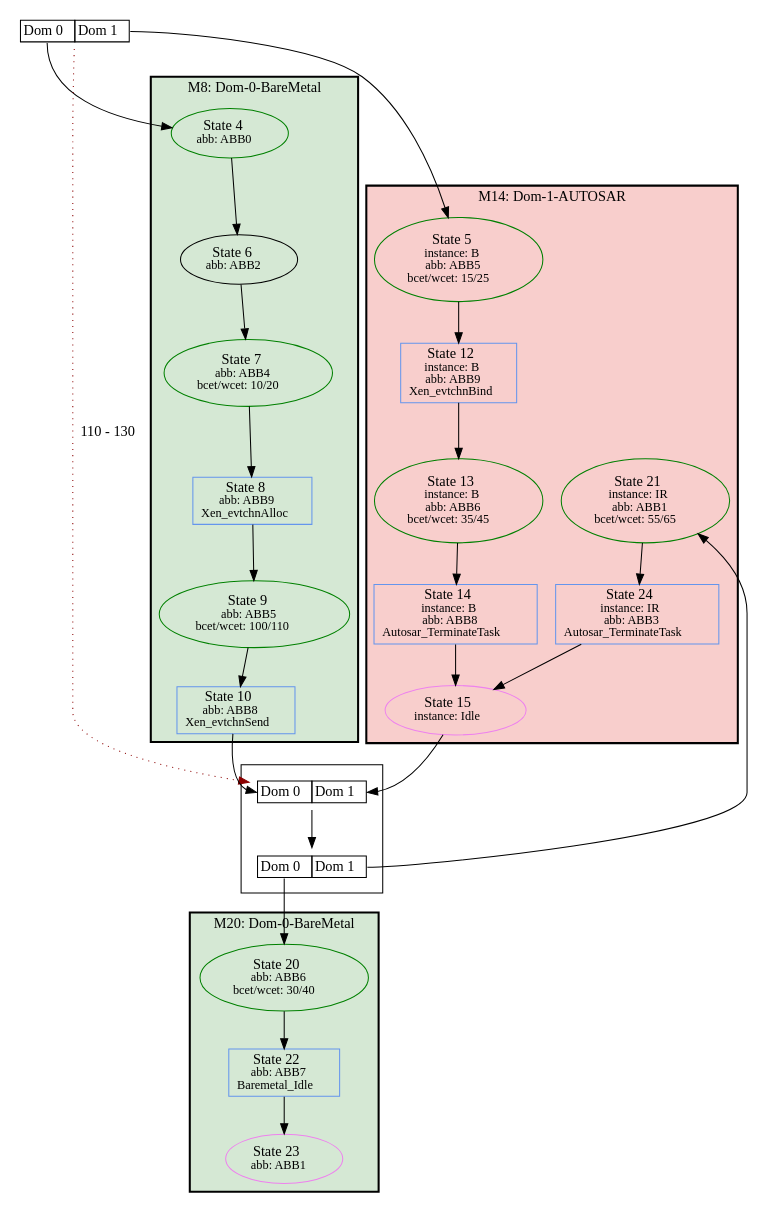
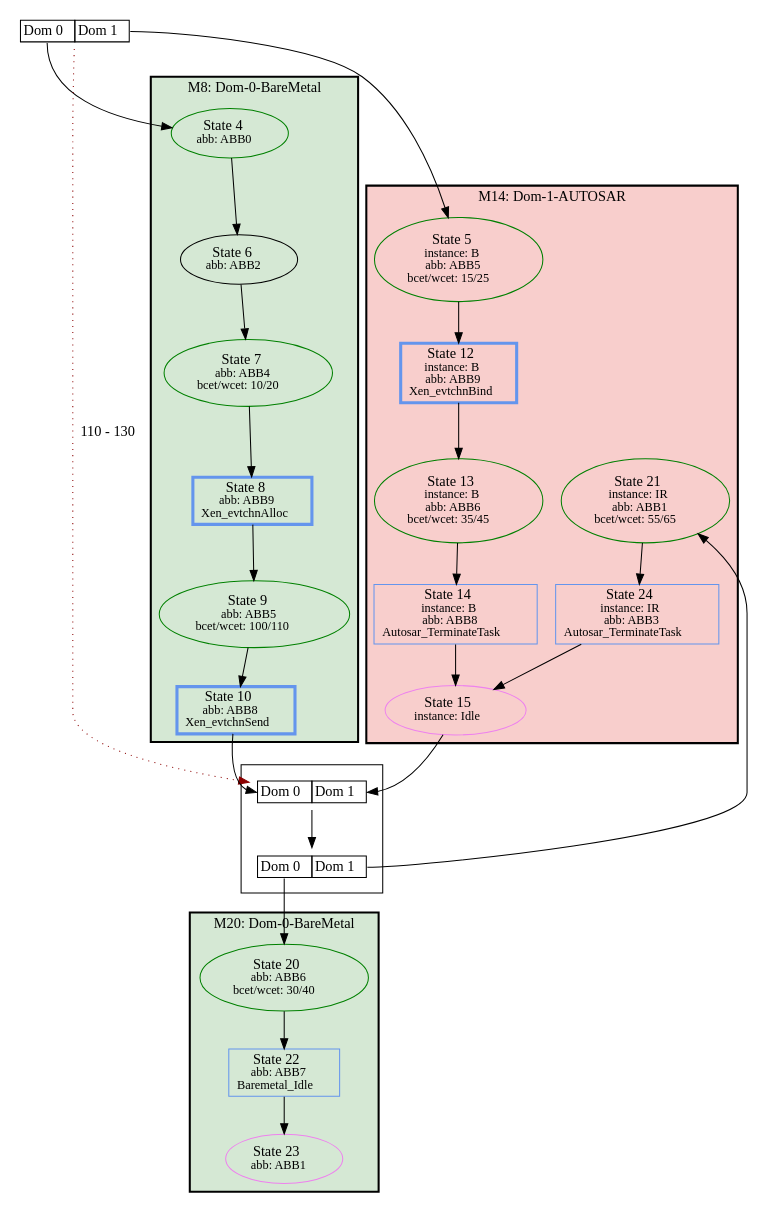
The diagram in appl/Xen/hc-b-a1/HyperSSE.hc-b-a1.hstg.dot (luhsra/ara), drawn with Graphviz before and after one commit. The commit also changed 69 other files, not shown here.

Commit message:
Testsuite: migrate comparison graphs to new pydot version + different printer syntax (bold rect for hypercalls)

```diff
--- a/appl/Xen/hc-b-a1/HyperSSE.hc-b-a1.hstg.dot
+++ b/appl/Xen/hc-b-a1/HyperSSE.hc-b-a1.hstg.dot
@@ -1,65 +1,61 @@
 digraph G {
 label="";
 1 [label=<<TABLE BORDER="0" CELLBORDER="1" CELLSPACING="0"><TR><TD PORT="c0">Dom 0</TD><TD PORT="c1">Dom 1</TD></TR></TABLE>>, shape=plaintext, tooltip=1];
 subgraph cluster_8 {
+label="M8: Dom-0-BareMetal";
 bgcolor="#D5E8D4";
-label="M8: Dom-0-BareMetal";
 style=bold;
-2 [color=green, fontsize=14, label=<State 4<br/><font point-size='12'>abb: ABB0</font>>, style=solid, tooltip=2];
+2 [fontsize=14, label=<State 4<br/><font point-size='12'>abb: ABB0</font>>, tooltip=2, style=solid, color=green];
 3 [fontsize=14, label=<State 6<br/><font point-size='12'>abb: ABB2</font>>, tooltip=3];
-4 [color=green, fontsize=14, label=<State 7<br/><font point-size='12'>abb: ABB4<br/>bcet/wcet: 10/20</font>>, style=solid, tooltip=4];
-5 [color=cornflowerblue, fontsize=14, label=<State 8<br/><font point-size='12'>abb: ABB9<br/>Xen_evtchnAlloc</font>>, shape=box, tooltip=5];
-6 [color=green, fontsize=14, label=<State 9<br/><font point-size='12'>abb: ABB5<br/>bcet/wcet: 100/110</font>>, style=solid, tooltip=6];
-7 [color=cornflowerblue, fontsize=14, label=<State 10<br/><font point-size='12'>abb: ABB8<br/>Xen_evtchnSend</font>>, shape=box, tooltip=7];
+4 [fontsize=14, label=<State 7<br/><font point-size='12'>abb: ABB4<br/>bcet/wcet: 10/20</font>>, tooltip=4, style=solid, color=green];
+5 [fontsize=14, label=<State 8<br/><font point-size='12'>abb: ABB9<br/>Xen_evtchnAlloc</font>>, tooltip=5, color=cornflowerblue, shape=box, penwidth=3];
+6 [fontsize=14, label=<State 9<br/><font point-size='12'>abb: ABB5<br/>bcet/wcet: 100/110</font>>, tooltip=6, style=solid, color=green];
+7 [fontsize=14, label=<State 10<br/><font point-size='12'>abb: ABB8<br/>Xen_evtchnSend</font>>, tooltip=7, color=cornflowerblue, shape=box, penwidth=3];
 }
-
 subgraph cluster_14 {
+label="M14: Dom-1-AUTOSAR";
 bgcolor="#F8CECC";
-label="M14: Dom-1-AUTOSAR";
 style=bold;
-9 [color=green, fontsize=14, label=<State 5<br/><font point-size='12'>instance: B<br/>abb: ABB5<br/>bcet/wcet: 15/25</font>>, style=solid, tooltip=9];
-10 [color=cornflowerblue, fontsize=14, label=<State 12<br/><font point-size='12'>instance: B<br/>abb: ABB9<br/>Xen_evtchnBind</font>>, shape=box, tooltip=10];
-11 [color=green, fontsize=14, label=<State 13<br/><font point-size='12'>instance: B<br/>abb: ABB6<br/>bcet/wcet: 35/45</font>>, style=solid, tooltip=11];
-12 [color=cornflowerblue, fontsize=14, label=<State 14<br/><font point-size='12'>instance: B<br/>abb: ABB8<br/>Autosar_TerminateTask</font>>, shape=box, tooltip=12];
-13 [color=violet, fontsize=14, label=<State 15<br/><font point-size='12'>instance: Idle</font>>, style=solid, tooltip=13];
-21 [color=green, fontsize=14, label=<State 21<br/><font point-size='12'>instance: IR<br/>abb: ABB1<br/>bcet/wcet: 55/65</font>>, style=solid, tooltip=21];
-22 [color=cornflowerblue, fontsize=14, label=<State 24<br/><font point-size='12'>instance: IR<br/>abb: ABB3<br/>Autosar_TerminateTask</font>>, shape=box, tooltip=22];
+9 [fontsize=14, label=<State 5<br/><font point-size='12'>instance: B<br/>abb: ABB5<br/>bcet/wcet: 15/25</font>>, tooltip=9, style=solid, color=green];
+10 [fontsize=14, label=<State 12<br/><font point-size='12'>instance: B<br/>abb: ABB9<br/>Xen_evtchnBind</font>>, tooltip=10, color=cornflowerblue, shape=box, penwidth=3];
+11 [fontsize=14, label=<State 13<br/><font point-size='12'>instance: B<br/>abb: ABB6<br/>bcet/wcet: 35/45</font>>, tooltip=11, style=solid, color=green];
+12 [fontsize=14, label=<State 14<br/><font point-size='12'>instance: B<br/>abb: ABB8<br/>Autosar_TerminateTask</font>>, tooltip=12, color=cornflowerblue, shape=box];
+13 [fontsize=14, label=<State 15<br/><font point-size='12'>instance: Idle</font>>, tooltip=13, style=solid, color=violet];
+21 [fontsize=14, label=<State 21<br/><font point-size='12'>instance: IR<br/>abb: ABB1<br/>bcet/wcet: 55/65</font>>, tooltip=21, style=solid, color=green];
+22 [fontsize=14, label=<State 24<br/><font point-size='12'>instance: IR<br/>abb: ABB3<br/>Autosar_TerminateTask</font>>, tooltip=22, color=cornflowerblue, shape=box];
 }
-
 subgraph cluster_20 {
+label="M20: Dom-0-BareMetal";
 bgcolor="#D5E8D4";
-label="M20: Dom-0-BareMetal";
 style=bold;
-17 [color=green, fontsize=14, label=<State 20<br/><font point-size='12'>abb: ABB6<br/>bcet/wcet: 30/40</font>>, style=solid, tooltip=17];
-18 [color=cornflowerblue, fontsize=14, label=<State 22<br/><font point-size='12'>abb: ABB7<br/>Baremetal_Idle</font>>, shape=box, tooltip=18];
-19 [color=violet, fontsize=14, label=<State 23<br/><font point-size='12'>abb: ABB1</font>>, style=solid, tooltip=19];
+17 [fontsize=14, label=<State 20<br/><font point-size='12'>abb: ABB6<br/>bcet/wcet: 30/40</font>>, tooltip=17, style=solid, color=green];
+18 [fontsize=14, label=<State 22<br/><font point-size='12'>abb: ABB7<br/>Baremetal_Idle</font>>, tooltip=18, color=cornflowerblue, shape=box];
+19 [fontsize=14, label=<State 23<br/><font point-size='12'>abb: ABB1</font>>, tooltip=19, style=solid, color=violet];
 }
-
 subgraph cluster_Metasync15 {
 label="";
 15 [label=<<TABLE BORDER="0" CELLBORDER="1" CELLSPACING="0"><TR><TD PORT="c0">Dom 0</TD><TD PORT="c1">Dom 1</TD></TR></TABLE>>, shape=plaintext, tooltip=15];
 16 [label=<<TABLE BORDER="0" CELLBORDER="1" CELLSPACING="0"><TR><TD PORT="c0">Dom 0</TD><TD PORT="c1">Dom 1</TD></TR></TABLE>>, shape=plaintext, tooltip=16];
 }
-
-1:c0 -> 2  [color=black];
-1:c1 -> 9  [color=black];
-1 -> 15  [color=darkred, label="110 - 130", style=dotted];
-2 -> 3  [color=black];
-3 -> 4  [color=black];
-4 -> 5  [color=black];
-5 -> 6  [color=black];
-6 -> 7  [color=black];
-7 -> 15:c0  [color=black];
-9 -> 10  [color=black];
-10 -> 11  [color=black];
-11 -> 12  [color=black];
-12 -> 13  [color=black];
-13 -> 15:c1  [color=black];
-15 -> 16  [color=black];
-16:c0 -> 17  [color=black];
-16:c1 -> 21  [color=black];
-17 -> 18  [color=black];
-18 -> 19  [color=black];
-21 -> 22  [color=black];
-22 -> 13  [color=black];
+1:c0 -> 2 [color=black];
+1:c1 -> 9 [color=black];
+1 -> 15 [color=darkred, style=dotted, label="110 - 130"];
+2 -> 3 [color=black];
+3 -> 4 [color=black];
+4 -> 5 [color=black];
+5 -> 6 [color=black];
+6 -> 7 [color=black];
+7 -> 15:c0 [color=black];
+9 -> 10 [color=black];
+10 -> 11 [color=black];
+11 -> 12 [color=black];
+12 -> 13 [color=black];
+13 -> 15:c1 [color=black];
+15 -> 16 [color=black];
+16:c0 -> 17 [color=black];
+16:c1 -> 21 [color=black];
+17 -> 18 [color=black];
+18 -> 19 [color=black];
+21 -> 22 [color=black];
+22 -> 13 [color=black];
 }
```
